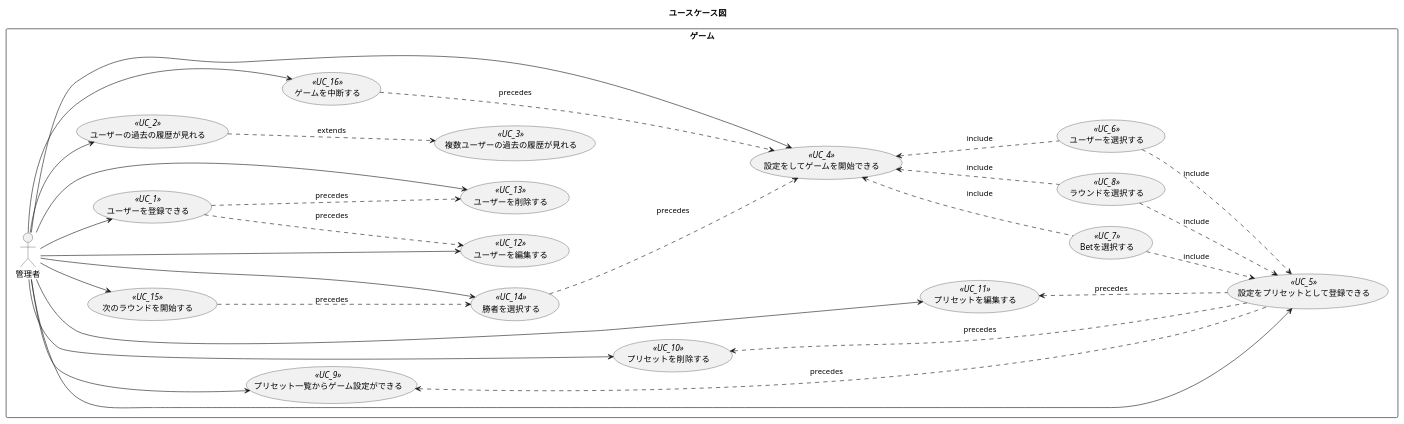
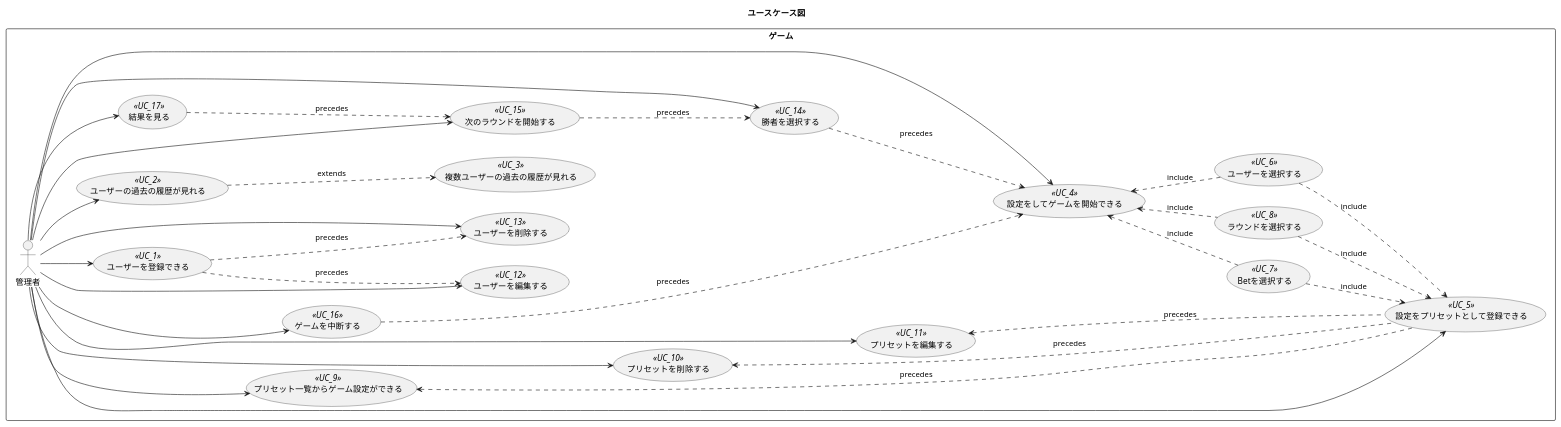
One commit to yuki-miraito/uml_practice changed the diagram in use_case_diagram.pu. Above: the diagram before and after it, drawn with PlantUML.

Commit message:
fix: ユースケース図 (ver4)

```diff
--- a/use_case_diagram.pu
+++ b/use_case_diagram.pu
@@ -1,54 +1,57 @@
 @startuml ユースケース
 
 title ユースケース図
 left to right direction
 
 rectangle ゲーム {
   (ユーザーを登録できる) <<UC_1>> as UC_1
   (ユーザーを編集する) <<UC_12>> as UC_12
   (ユーザーを削除する) <<UC_13>> as UC_13
   (ユーザーの過去の履歴が見れる) <<UC_2>> as UC_2
   (複数ユーザーの過去の履歴が見れる) <<UC_3>> as UC_3
   (設定をしてゲームを開始できる) <<UC_4>> as UC_4
   (設定をプリセットとして登録できる) <<UC_5>> as UC_5
   (プリセット一覧からゲーム設定ができる) <<UC_9>> as UC_9
   (プリセットを削除する) <<UC_10>> as UC_10
   (プリセットを編集する) <<UC_11>> as UC_11
   (ユーザーを選択する) <<UC_6>> as UC_6
   (Betを選択する) <<UC_7>> as UC_7
   (ラウンドを選択する) <<UC_8>> as UC_8
   (勝者を選択する) <<UC_14>> as UC_14
   (次のラウンドを開始する) <<UC_15>> as UC_15
   (ゲームを中断する) <<UC_16>> as UC_16
+  (結果を見る) <<UC_17>> as UC_17
 
   管理者 --> UC_1
   管理者 --> UC_12
   管理者 --> UC_13
   管理者 --> UC_2
   管理者 --> UC_4
   管理者 -> UC_5
   管理者 --> UC_9
   管理者 --> UC_10
   管理者 --> UC_11
   管理者 --> UC_14
   管理者 --> UC_15
   管理者 --> UC_16
+  管理者 --> UC_17
 
   UC_1 ..> UC_12: precedes
   UC_1 ..> UC_13: precedes
   UC_2 ..> UC_3: extends
   UC_6 .up.> UC_4: include
   UC_7 .up.> UC_4: include
   UC_8 .up.> UC_4: include
   UC_6 .down.> UC_5: include
   UC_7 .down.> UC_5: include
   UC_8 .down.> UC_5: include
   UC_5 .up.> UC_11: precedes
   UC_5 .up.> UC_10: precedes
   UC_5 .up.> UC_9: precedes
   UC_14 ..> UC_4: precedes
   UC_15 ..> UC_14: precedes
   UC_16 ..> UC_4: precedes
+  UC_17 ..> UC_15: precedes
 }
 
 @enduml
```
